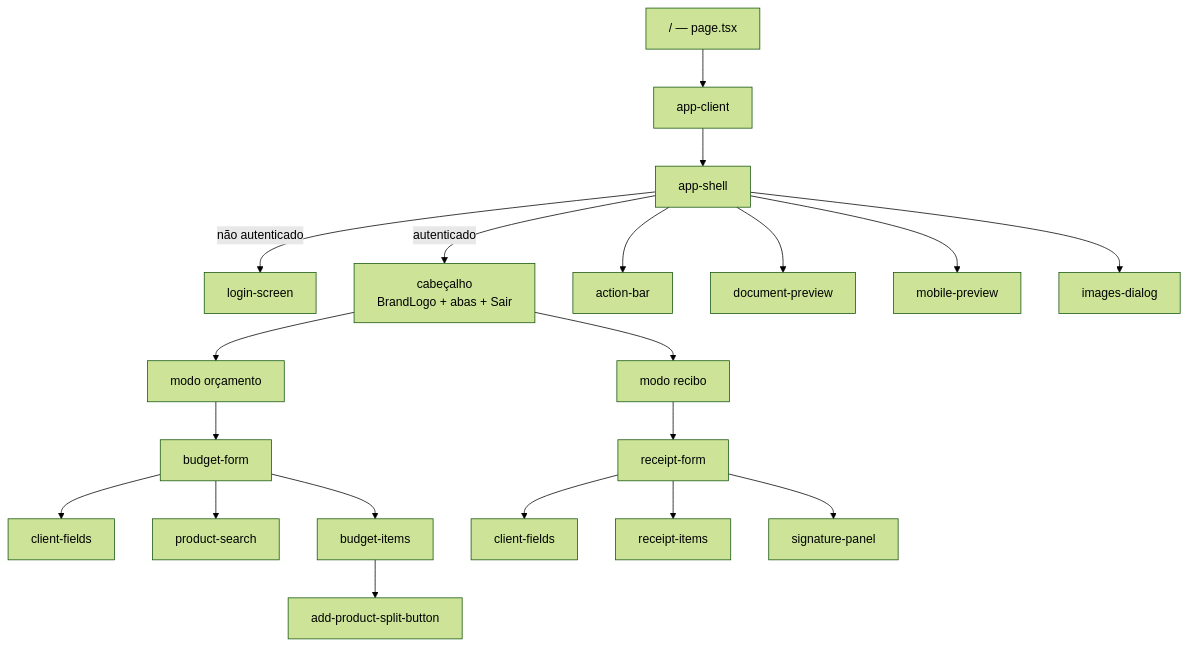
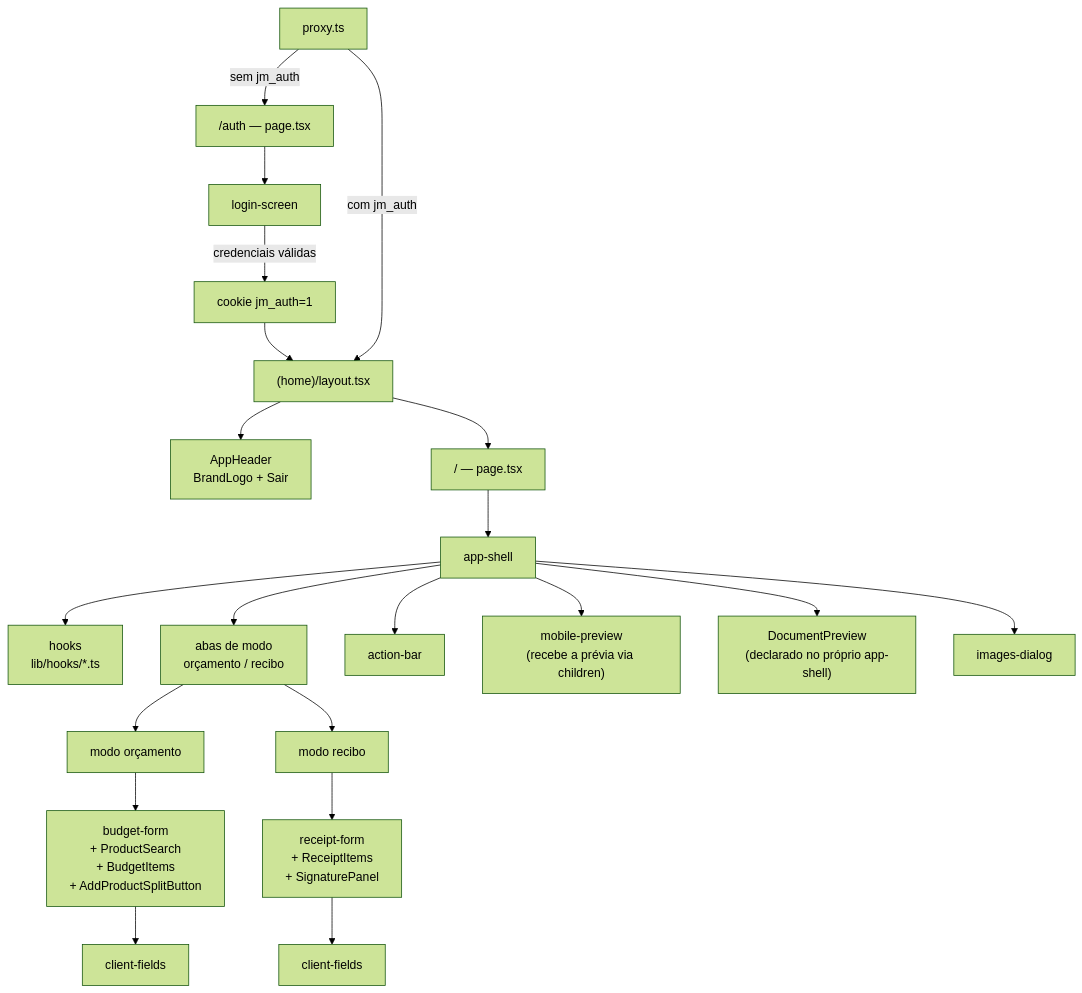
One commit to mariaamelco/site-para-or-amento changed the diagram in docs/PAGES.md. Above: the diagram before and after it, drawn with Mermaid (forest theme). The commit also changed other lines of this file and 31 other files, not shown here.

Commit message:
fix: improving the architecture

````diff
--- a/docs/PAGES.md
+++ b/docs/PAGES.md
@@ -19,22 +25,23 @@
 ```mermaid
 flowchart TD
-  Root["/ — page.tsx"] --> Client[app-client]
-  Client --> Shell[app-shell]
-  Shell -->|não autenticado| Login[login-screen]
-  Shell -->|autenticado| Header["cabeçalho<br/>BrandLogo + abas + Sair"]
-  Header --> OrcMode["modo orçamento"]
-  Header --> RecMode["modo recibo"]
-  OrcMode --> BF[budget-form]
+  Proxy["proxy.ts"] -->|sem jm_auth| Auth["/auth — page.tsx"]
+  Auth --> Login[login-screen]
+  Login -->|credenciais válidas| Cookie["cookie jm_auth=1"]
+  Cookie --> Layout
+  Proxy -->|com jm_auth| Layout["(home)/layout.tsx"]
+  Layout --> Header["AppHeader<br/>BrandLogo + Sair"]
+  Layout --> Root["/ — page.tsx"]
+  Root --> Shell[app-shell]
+  Shell --> Hooks["hooks<br/>lib/hooks/*.ts"]
+  Shell --> Tabs["abas de modo<br/>orçamento / recibo"]
+  Tabs --> OrcMode["modo orçamento"]
+  Tabs --> RecMode["modo recibo"]
+  OrcMode --> BF["budget-form<br/>+ ProductSearch<br/>+ BudgetItems<br/>+ AddProductSplitButton"]
   BF --> CF1[client-fields]
-  BF --> PS[product-search]
-  BF --> BI[budget-items]
-  BI --> APS[add-product-split-button]
-  RecMode --> RF[receipt-form]
+  RecMode --> RF["receipt-form<br/>+ ReceiptItems<br/>+ SignaturePanel"]
   RF --> CF2[client-fields]
-  RF --> RI[receipt-items]
-  RF --> SP[signature-panel]
   Shell --> AB[action-bar]
-  Shell --> DP[document-preview]
-  Shell --> MP[mobile-preview]
+  Shell --> MP["mobile-preview<br/>(recebe a prévia via children)"]
+  Shell --> DP["DocumentPreview<br/>(declarado no próprio app-shell)"]
   Shell --> ID[images-dialog]
 ```
````
